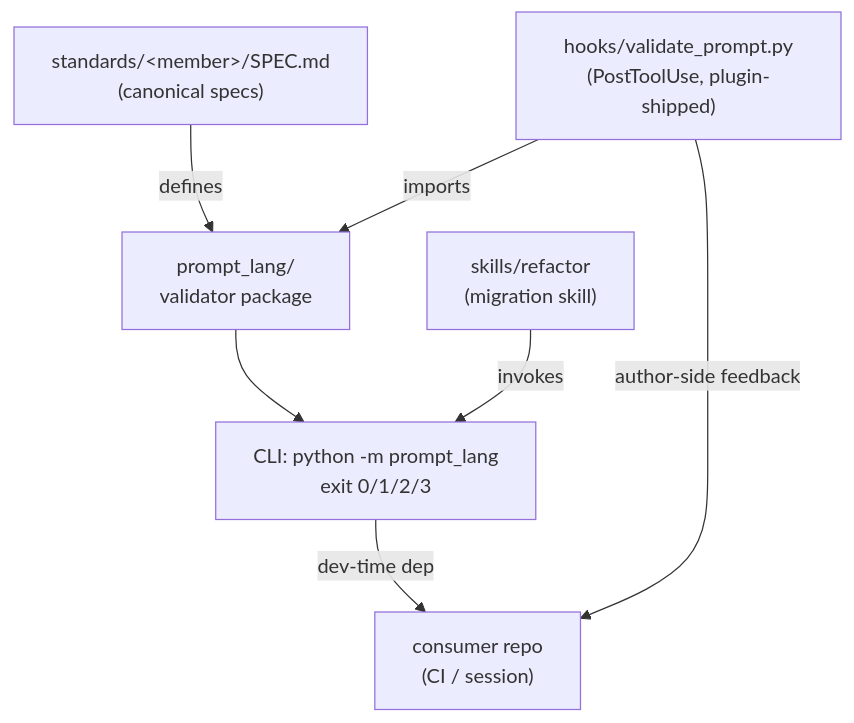
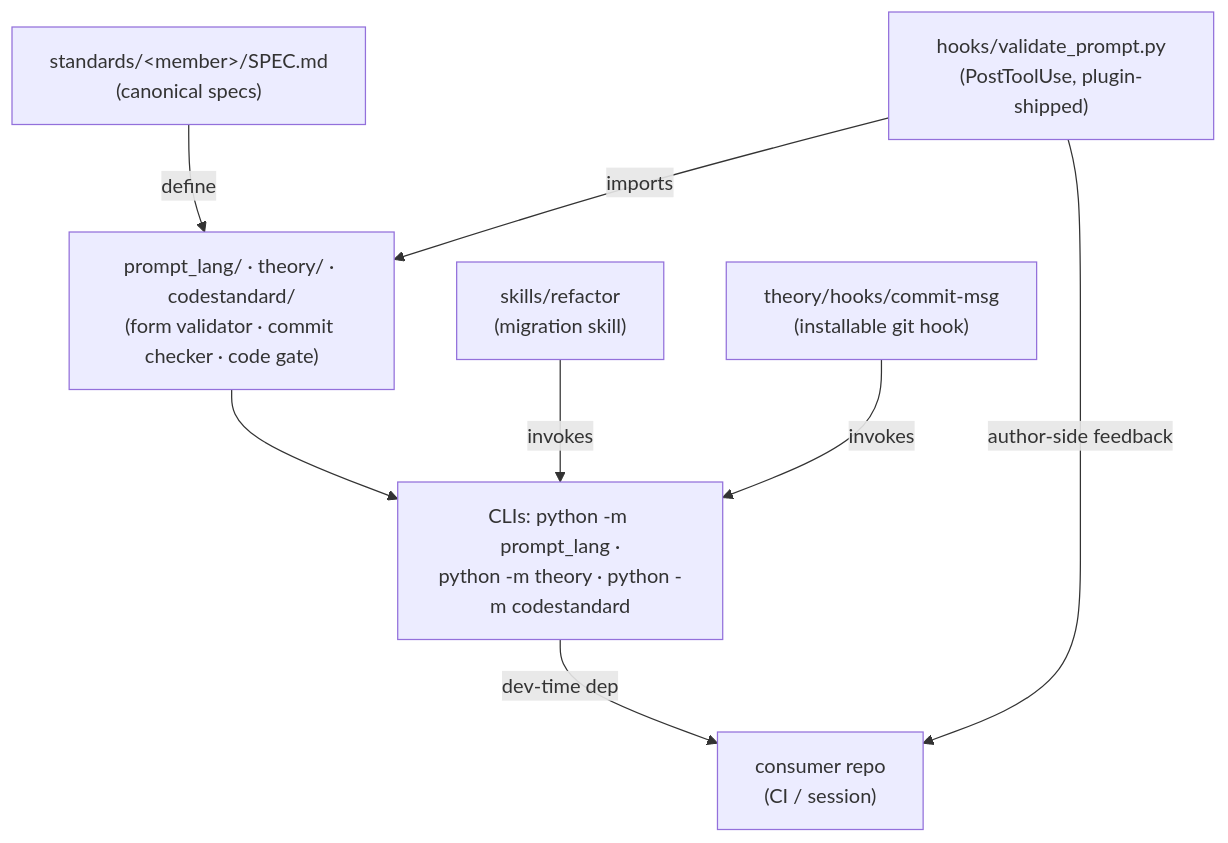
The diagram in MAP.md (JJandDjango/foundations), drawn with Mermaid before and after one commit. The commit also changed other lines of this file and 5 other files, not shown here.

First line of the commit message:
activate the gate + self-apply: CI codestandard steps, own theory hook, ADR 0003

````diff
--- a/MAP.md
+++ b/MAP.md
@@ -7,9 +7,10 @@
 ```mermaid
 flowchart TD
-    SPEC["standards/&lt;member&gt;/SPEC.md<br/>(canonical specs)"] -->|defines| PKG["prompt_lang/<br/>validator package"]
-    PKG --> CLI["CLI: python -m prompt_lang<br/>exit 0/1/2/3"]
-    SKILL["skills/refactor<br/>(migration skill)"] -->|invokes| CLI
-    HOOK["hooks/validate_prompt.py<br/>(PostToolUse, plugin-shipped)"] -->|imports| PKG
-    CLI -->|dev-time dep| CONSUMER["consumer repo<br/>(CI / session)"]
+    SPEC["standards/&lt;member&gt;/SPEC.md<br/>(canonical specs)"] -->|define| PKGS["prompt_lang/ · theory/ · codestandard/<br/>(form validator · commit checker · code gate)"]
+    PKGS --> CLIS["CLIs: python -m prompt_lang ·<br/>python -m theory · python -m codestandard"]
+    SKILL["skills/refactor<br/>(migration skill)"] -->|invokes| CLIS
+    HOOK["hooks/validate_prompt.py<br/>(PostToolUse, plugin-shipped)"] -->|imports| PKGS
+    GITHOOK["theory/hooks/commit-msg<br/>(installable git hook)"] -->|invokes| CLIS
+    CLIS -->|dev-time dep| CONSUMER["consumer repo<br/>(CI / session)"]
     HOOK -->|author-side feedback| CONSUMER
 ```
````
